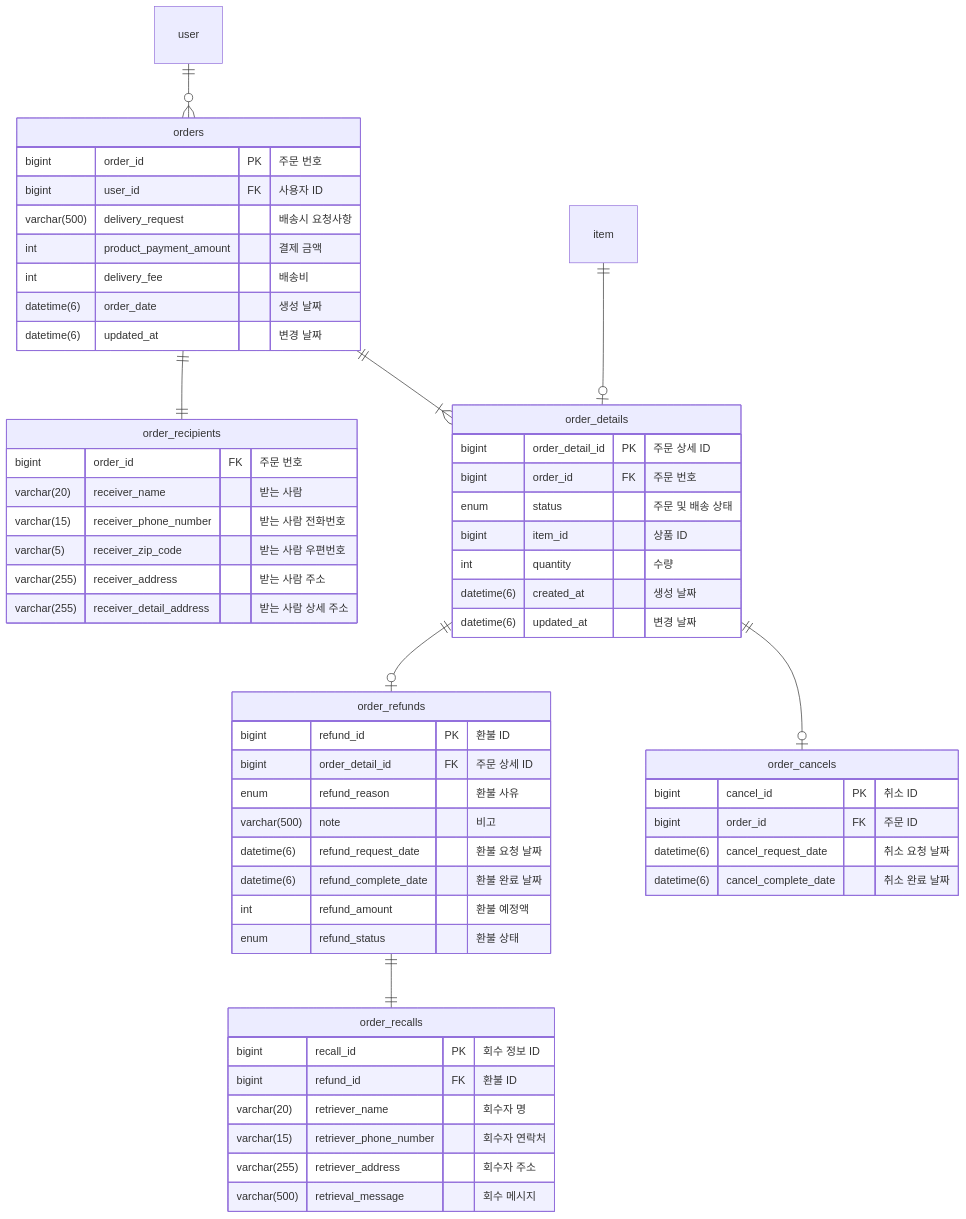
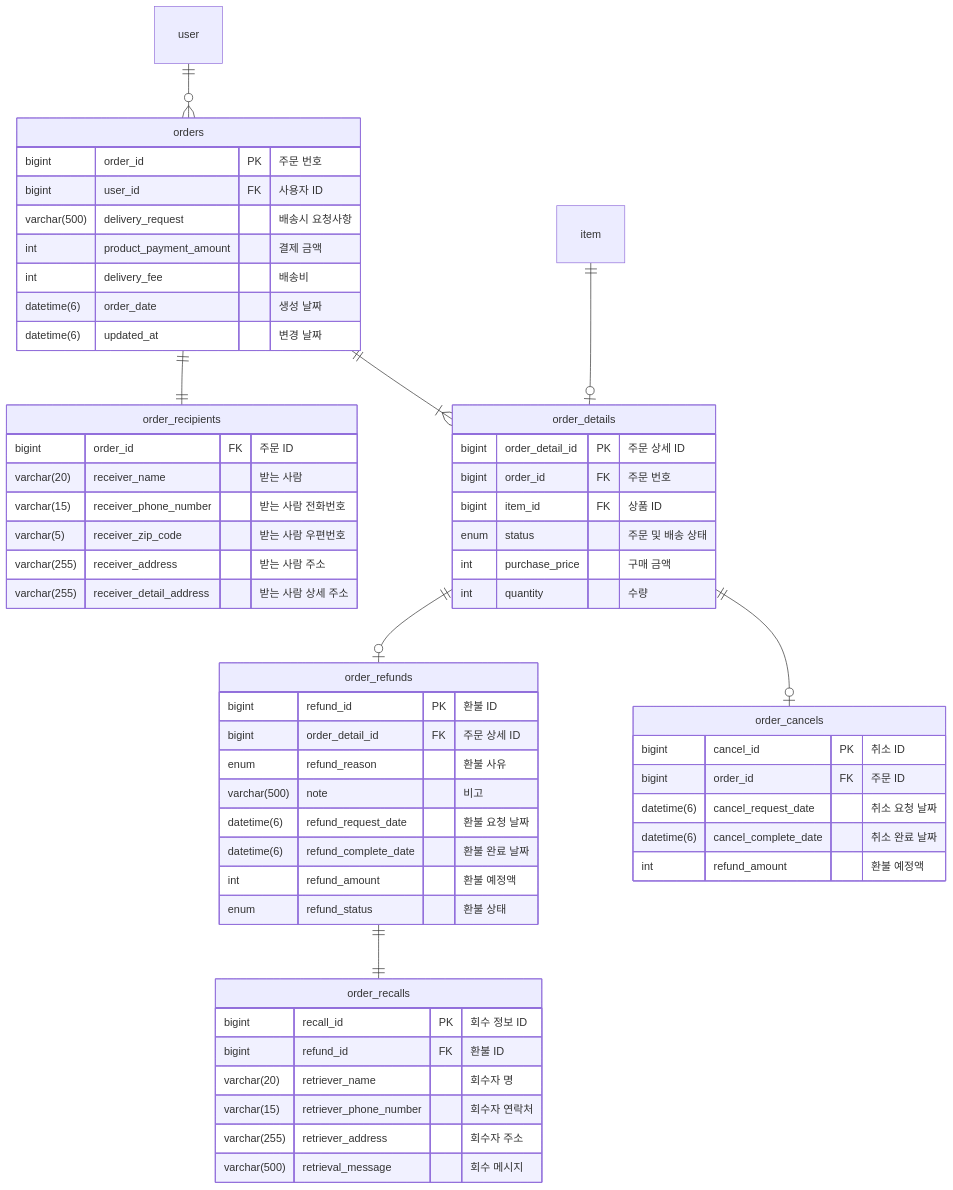
The fourth of 9 diagrams in Erd.md (kea-dpang/docs), drawn with Mermaid before and after one commit. The commit also changed other lines of this file, not shown here.

Commit message:
[Docs] Update Erd.md
주문 및 상품 서비스 erd 최신화

````diff
--- a/Erd.md
+++ b/Erd.md
@@ -134,67 +134,67 @@
 ```mermaid
 erDiagram
     orders {
         bigint order_id PK "주문 번호"
         bigint user_id FK "사용자 ID"
         varchar(500) delivery_request "배송시 요청사항"
         int product_payment_amount "결제 금액"
         int delivery_fee "배송비"
         datetime(6) order_date "생성 날짜"
         datetime(6) updated_at "변경 날짜"
     }
 
     order_recipients {
-        bigint order_id FK "주문 번호"
+        bigint order_id FK "주문 ID"
         varchar(20) receiver_name "받는 사람"
         varchar(15) receiver_phone_number "받는 사람 전화번호"
         varchar(5) receiver_zip_code "받는 사람 우편번호"
         varchar(255) receiver_address "받는 사람 주소"
         varchar(255) receiver_detail_address "받는 사람 상세 주소"
     }
 
     order_details {
         bigint order_detail_id PK "주문 상세 ID"
         bigint order_id FK "주문 번호"
+        bigint item_id FK "상품 ID"
         enum status "주문 및 배송 상태"
-        bigint item_id "상품 ID"
+        int purchase_price "구매 금액"
         int quantity "수량"
-        datetime(6) created_at "생성 날짜"
-        datetime(6) updated_at "변경 날짜"
     }
 
     order_refunds {
         bigint refund_id PK "환불 ID"
         bigint order_detail_id FK "주문 상세 ID"
         enum refund_reason "환불 사유"
         varchar(500) note "비고"
         datetime(6) refund_request_date "환불 요청 날짜"
         datetime(6) refund_complete_date "환불 완료 날짜"
         int refund_amount "환불 예정액"
         enum refund_status "환불 상태"
     }
 
     order_recalls {
         bigint recall_id PK "회수 정보 ID"
         bigint refund_id FK "환불 ID"
         varchar(20) retriever_name "회수자 명"
         varchar(15) retriever_phone_number "회수자 연락처"
         varchar(255) retriever_address "회수자 주소"
         varchar(500) retrieval_message "회수 메시지"
     }
 
     order_cancels {
         bigint cancel_id PK "취소 ID"
         bigint order_id FK "주문 ID"
         datetime(6) cancel_request_date "취소 요청 날짜"
         datetime(6) cancel_complete_date "취소 완료 날짜"
+        int refund_amount "환불 예정액"
     }
 
     orders ||--|{ order_details: ""
     order_details ||--o| order_refunds: ""
     orders ||--|| order_recipients: ""
     order_details ||--o| order_cancels: ""
     order_refunds ||--|| order_recalls: ""
     user ||--o{ orders: ""
     item ||--o| order_details: ""
 
 ```
````
